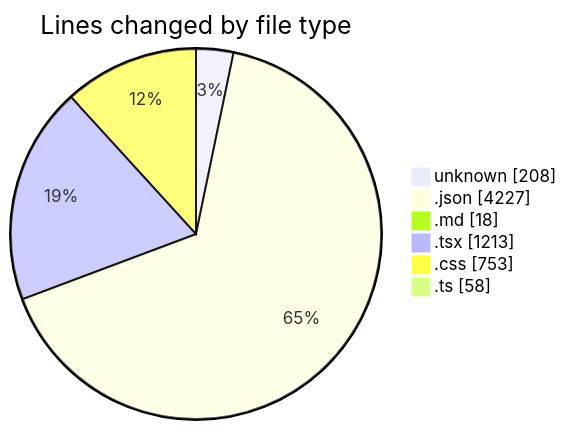
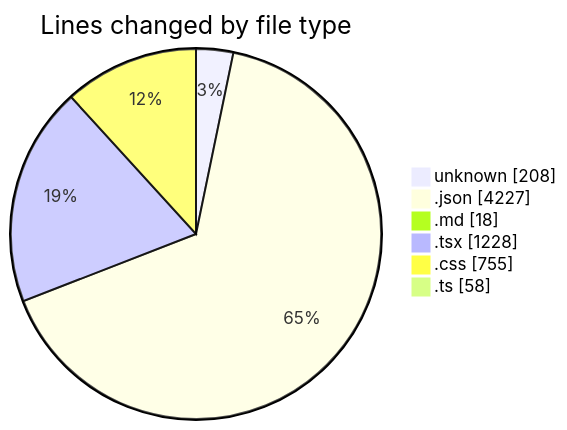
The first of 2 diagrams in 2025-08-07/ribbon/README.md (EIIisD/code-tracking), drawn with Mermaid before and after one commit. The commit also changed other lines of this file and 1 other file, not shown here.

````diff
--- a/2025-08-07/ribbon/README.md
+++ b/2025-08-07/ribbon/README.md
@@ -36,10 +36,10 @@
 ```mermaid
 pie showData
 title Lines changed by file type
 "unknown" : 208
 ".json" : 4227
 ".md" : 18
-".tsx" : 1213
-".css" : 753
+".tsx" : 1228
+".css" : 755
 ".ts" : 58
 ```
````
